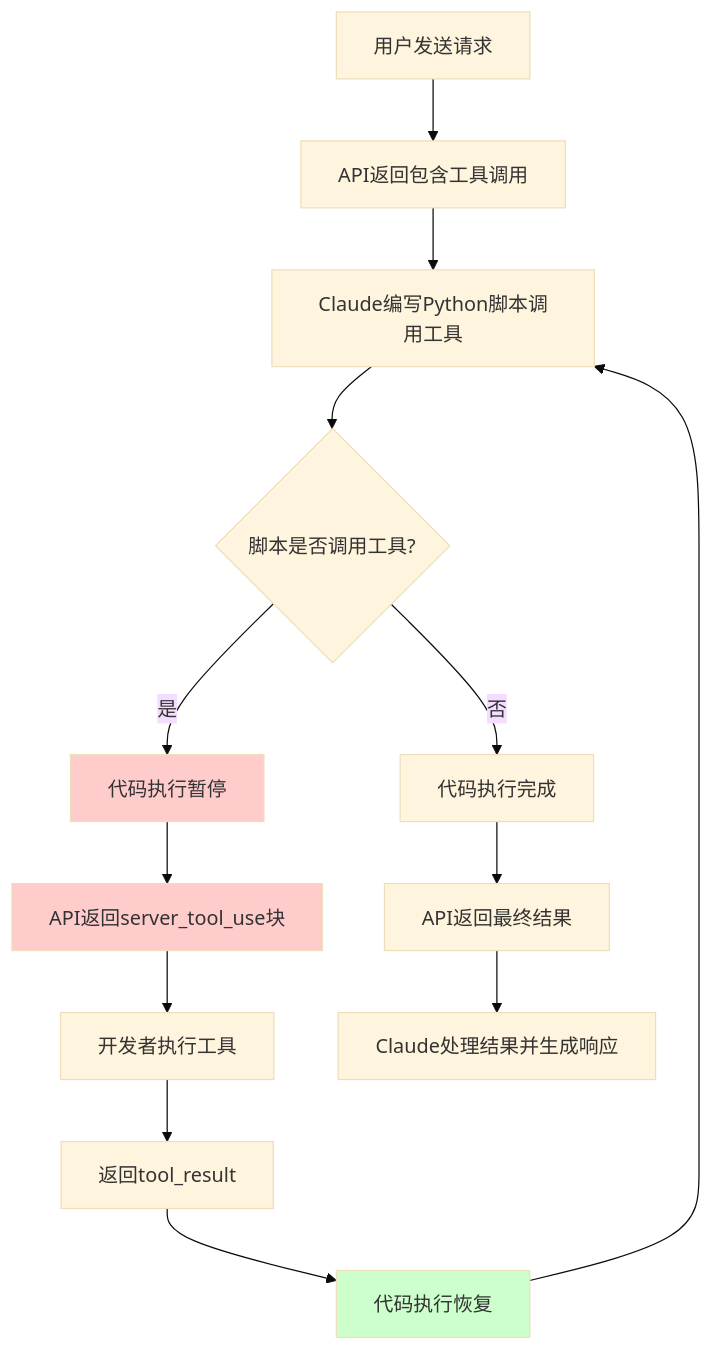
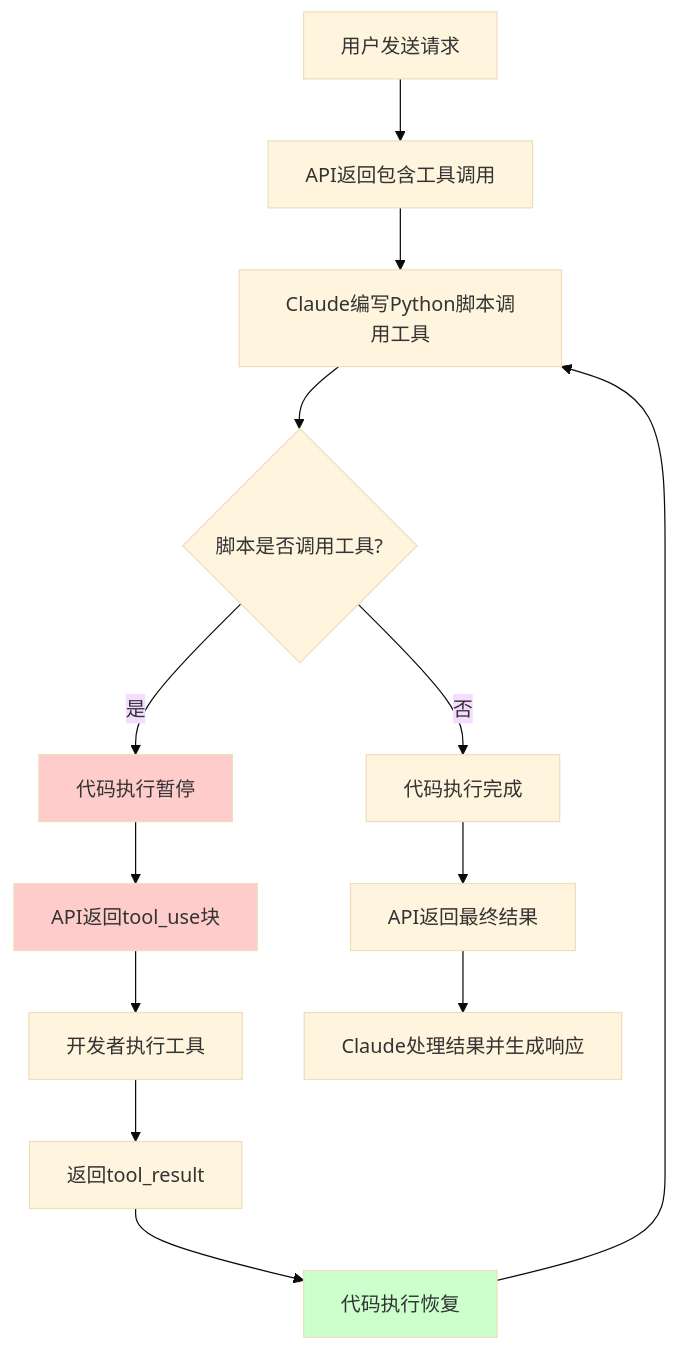
One commit to MiyakoMeow/neco changed the first of 2 diagrams in progress/external-programmatic-tool-calling.md. Above: the diagram before and after it, drawn with Mermaid (base theme). The commit also changed other lines of this file and 8 other files, not shown here.

````diff
--- a/progress/external-programmatic-tool-calling.md
+++ b/progress/external-programmatic-tool-calling.md
@@ -119,19 +123,19 @@
 ```mermaid
 flowchart TD
     A[用户发送请求] --> B[API返回包含工具调用]
     B --> C[Claude编写Python脚本调用工具]
     C --> D{脚本是否调用工具?}
     D -->|是| E[代码执行暂停]
-    E --> F[API返回server_tool_use块]
+    E --> F[API返回tool_use块]
     F --> G[开发者执行工具]
     G --> H[返回tool_result]
     H --> I[代码执行恢复]
     I --> C
     D -->|否| J[代码执行完成]
     J --> K[API返回最终结果]
     K --> L[Claude处理结果并生成响应]
     
     style E fill:#ffcccc
     style F fill:#ffcccc
     style I fill:#ccffcc
 ```
````
